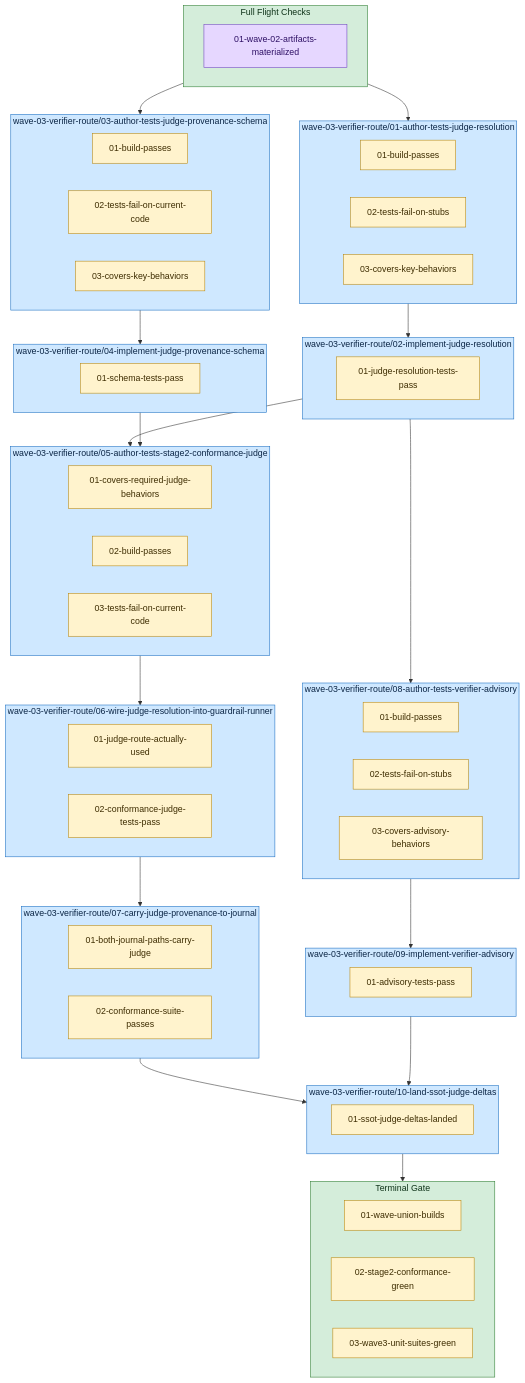
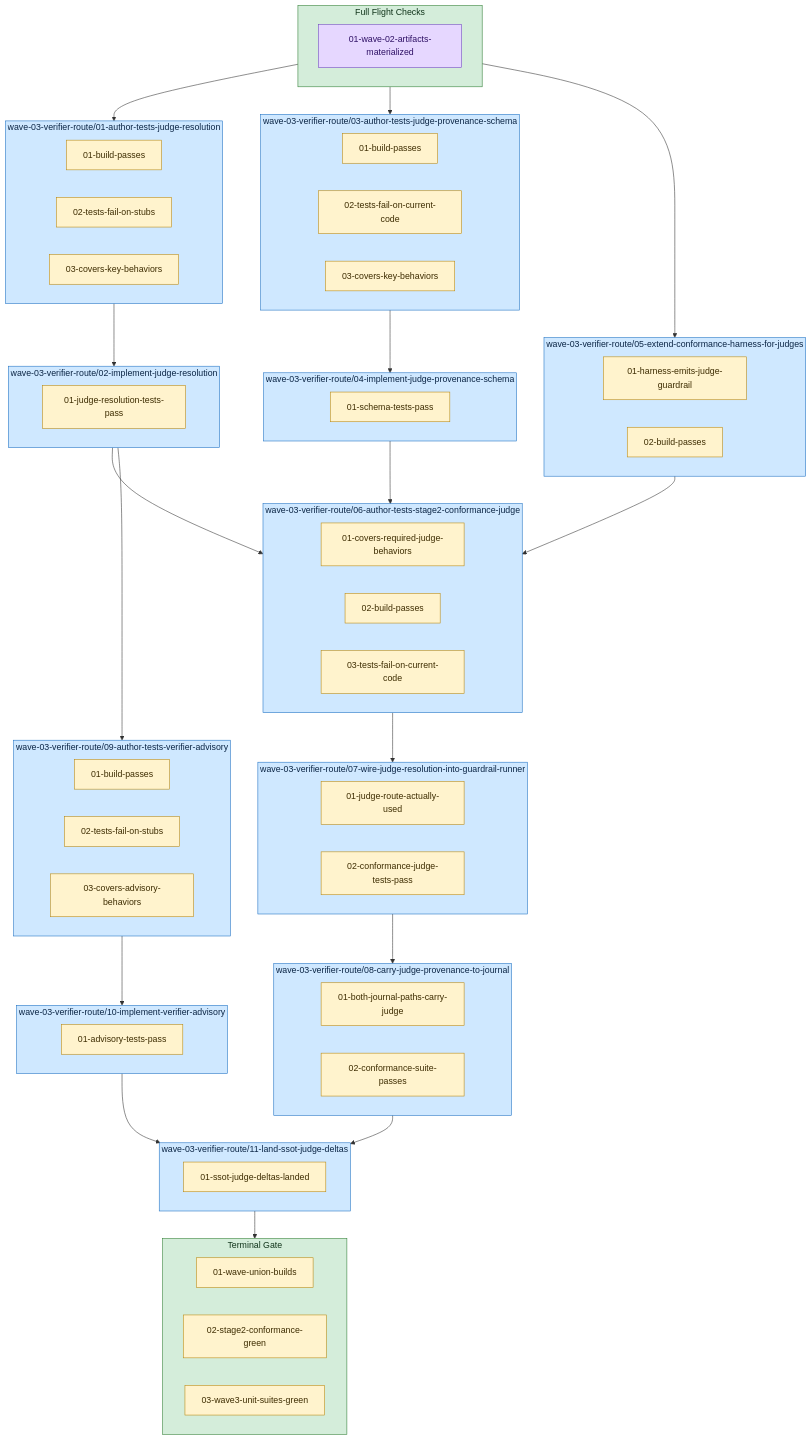
Before and after one commit to Servant-Software-LLC/Guardrails: the diagram in docs/plans/model-tiering-stage-2/wave-03-verifier-route/diagram.md, drawn with Mermaid. The commit also changed other lines of this file and 39 other files, not shown here.

First line of the commit message:
review(wave 3): split the harness out of task 05, back two unenforced prohibitions

````diff
--- a/docs/plans/model-tiering-stage-2/wave-03-verifier-route/diagram.md
+++ b/docs/plans/model-tiering-stage-2/wave-03-verifier-route/diagram.md
@@ -26,36 +26,41 @@
     task_wave_03_verifier_route_04_implement_judge_provenance_schema_gr_0["01-schema-tests-pass"]:::guardrail
   end
   style task_wave_03_verifier_route_04_implement_judge_provenance_schema fill:#cfe8ff,stroke:#1b6ec2,color:#0b2545;
-  subgraph task_wave_03_verifier_route_05_author_tests_stage2_conformance_judge["wave-03-verifier-route/05-author-tests-stage2-conformance-judge"]
-    task_wave_03_verifier_route_05_author_tests_stage2_conformance_judge_gr_0["01-covers-required-judge-behaviors"]:::guardrail
-    task_wave_03_verifier_route_05_author_tests_stage2_conformance_judge_gr_1["02-build-passes"]:::guardrail
-    task_wave_03_verifier_route_05_author_tests_stage2_conformance_judge_gr_2["03-tests-fail-on-current-code"]:::guardrail
+  subgraph task_wave_03_verifier_route_05_extend_conformance_harness_for_judges["wave-03-verifier-route/05-extend-conformance-harness-for-judges"]
+    task_wave_03_verifier_route_05_extend_conformance_harness_for_judges_gr_0["01-harness-emits-judge-guardrail"]:::guardrail
+    task_wave_03_verifier_route_05_extend_conformance_harness_for_judges_gr_1["02-build-passes"]:::guardrail
   end
-  style task_wave_03_verifier_route_05_author_tests_stage2_conformance_judge fill:#cfe8ff,stroke:#1b6ec2,color:#0b2545;
-  subgraph task_wave_03_verifier_route_06_wire_judge_resolution_into_guardrail_runner["wave-03-verifier-route/06-wire-judge-resolution-into-guardrail-runner"]
-    task_wave_03_verifier_route_06_wire_judge_resolution_into_guardrail_runner_gr_0["01-judge-route-actually-used"]:::guardrail
-    task_wave_03_verifier_route_06_wire_judge_resolution_into_guardrail_runner_gr_1["02-conformance-judge-tests-pass"]:::guardrail
+  style task_wave_03_verifier_route_05_extend_conformance_harness_for_judges fill:#cfe8ff,stroke:#1b6ec2,color:#0b2545;
+  subgraph task_wave_03_verifier_route_06_author_tests_stage2_conformance_judge["wave-03-verifier-route/06-author-tests-stage2-conformance-judge"]
+    task_wave_03_verifier_route_06_author_tests_stage2_conformance_judge_gr_0["01-covers-required-judge-behaviors"]:::guardrail
+    task_wave_03_verifier_route_06_author_tests_stage2_conformance_judge_gr_1["02-build-passes"]:::guardrail
+    task_wave_03_verifier_route_06_author_tests_stage2_conformance_judge_gr_2["03-tests-fail-on-current-code"]:::guardrail
   end
-  style task_wave_03_verifier_route_06_wire_judge_resolution_into_guardrail_runner fill:#cfe8ff,stroke:#1b6ec2,color:#0b2545;
-  subgraph task_wave_03_verifier_route_07_carry_judge_provenance_to_journal["wave-03-verifier-route/07-carry-judge-provenance-to-journal"]
-    task_wave_03_verifier_route_07_carry_judge_provenance_to_journal_gr_0["01-both-journal-paths-carry-judge"]:::guardrail
-    task_wave_03_verifier_route_07_carry_judge_provenance_to_journal_gr_1["02-conformance-suite-passes"]:::guardrail
+  style task_wave_03_verifier_route_06_author_tests_stage2_conformance_judge fill:#cfe8ff,stroke:#1b6ec2,color:#0b2545;
+  subgraph task_wave_03_verifier_route_07_wire_judge_resolution_into_guardrail_runner["wave-03-verifier-route/07-wire-judge-resolution-into-guardrail-runner"]
+    task_wave_03_verifier_route_07_wire_judge_resolution_into_guardrail_runner_gr_0["01-judge-route-actually-used"]:::guardrail
+    task_wave_03_verifier_route_07_wire_judge_resolution_into_guardrail_runner_gr_1["02-conformance-judge-tests-pass"]:::guardrail
   end
-  style task_wave_03_verifier_route_07_carry_judge_provenance_to_journal fill:#cfe8ff,stroke:#1b6ec2,color:#0b2545;
-  subgraph task_wave_03_verifier_route_08_author_tests_verifier_advisory["wave-03-verifier-route/08-author-tests-verifier-advisory"]
-    task_wave_03_verifier_route_08_author_tests_verifier_advisory_gr_0["01-build-passes"]:::guardrail
-    task_wave_03_verifier_route_08_author_tests_verifier_advisory_gr_1["02-tests-fail-on-stubs"]:::guardrail
-    task_wave_03_verifier_route_08_author_tests_verifier_advisory_gr_2["03-covers-advisory-behaviors"]:::guardrail
+  style task_wave_03_verifier_route_07_wire_judge_resolution_into_guardrail_runner fill:#cfe8ff,stroke:#1b6ec2,color:#0b2545;
+  subgraph task_wave_03_verifier_route_08_carry_judge_provenance_to_journal["wave-03-verifier-route/08-carry-judge-provenance-to-journal"]
+    task_wave_03_verifier_route_08_carry_judge_provenance_to_journal_gr_0["01-both-journal-paths-carry-judge"]:::guardrail
+    task_wave_03_verifier_route_08_carry_judge_provenance_to_journal_gr_1["02-conformance-suite-passes"]:::guardrail
   end
-  style task_wave_03_verifier_route_08_author_tests_verifier_advisory fill:#cfe8ff,stroke:#1b6ec2,color:#0b2545;
-  subgraph task_wave_03_verifier_route_09_implement_verifier_advisory["wave-03-verifier-route/09-implement-verifier-advisory"]
-    task_wave_03_verifier_route_09_implement_verifier_advisory_gr_0["01-advisory-tests-pass"]:::guardrail
+  style task_wave_03_verifier_route_08_carry_judge_provenance_to_journal fill:#cfe8ff,stroke:#1b6ec2,color:#0b2545;
+  subgraph task_wave_03_verifier_route_09_author_tests_verifier_advisory["wave-03-verifier-route/09-author-tests-verifier-advisory"]
+    task_wave_03_verifier_route_09_author_tests_verifier_advisory_gr_0["01-build-passes"]:::guardrail
+    task_wave_03_verifier_route_09_author_tests_verifier_advisory_gr_1["02-tests-fail-on-stubs"]:::guardrail
+    task_wave_03_verifier_route_09_author_tests_verifier_advisory_gr_2["03-covers-advisory-behaviors"]:::guardrail
   end
-  style task_wave_03_verifier_route_09_implement_verifier_advisory fill:#cfe8ff,stroke:#1b6ec2,color:#0b2545;
-  subgraph task_wave_03_verifier_route_10_land_ssot_judge_deltas["wave-03-verifier-route/10-land-ssot-judge-deltas"]
-    task_wave_03_verifier_route_10_land_ssot_judge_deltas_gr_0["01-ssot-judge-deltas-landed"]:::guardrail
+  style task_wave_03_verifier_route_09_author_tests_verifier_advisory fill:#cfe8ff,stroke:#1b6ec2,color:#0b2545;
+  subgraph task_wave_03_verifier_route_10_implement_verifier_advisory["wave-03-verifier-route/10-implement-verifier-advisory"]
+    task_wave_03_verifier_route_10_implement_verifier_advisory_gr_0["01-advisory-tests-pass"]:::guardrail
   end
-  style task_wave_03_verifier_route_10_land_ssot_judge_deltas fill:#cfe8ff,stroke:#1b6ec2,color:#0b2545;
+  style task_wave_03_verifier_route_10_implement_verifier_advisory fill:#cfe8ff,stroke:#1b6ec2,color:#0b2545;
+  subgraph task_wave_03_verifier_route_11_land_ssot_judge_deltas["wave-03-verifier-route/11-land-ssot-judge-deltas"]
+    task_wave_03_verifier_route_11_land_ssot_judge_deltas_gr_0["01-ssot-judge-deltas-landed"]:::guardrail
+  end
+  style task_wave_03_verifier_route_11_land_ssot_judge_deltas fill:#cfe8ff,stroke:#1b6ec2,color:#0b2545;
   subgraph plan_guardrails["Terminal Gate"]
     plan_guardrails_0["01-wave-union-builds"]:::guardrail
     plan_guardrails_1["02-stage2-conformance-green"]:::guardrail
@@ -64,17 +69,19 @@
   style plan_guardrails fill:#d4edda,stroke:#2e7d32,color:#10341a;
   plan_preflights --> task_wave_03_verifier_route_01_author_tests_judge_resolution
   plan_preflights --> task_wave_03_verifier_route_03_author_tests_judge_provenance_schema
+  plan_preflights --> task_wave_03_verifier_route_05_extend_conformance_harness_for_judges
   task_wave_03_verifier_route_01_author_tests_judge_resolution --> task_wave_03_verifier_route_02_implement_judge_resolution
-  task_wave_03_verifier_route_02_implement_judge_resolution --> task_wave_03_verifier_route_05_author_tests_stage2_conformance_judge
-  task_wave_03_verifier_route_02_implement_judge_resolution --> task_wave_03_verifier_route_08_author_tests_verifier_advisory
+  task_wave_03_verifier_route_02_implement_judge_resolution --> task_wave_03_verifier_route_06_author_tests_stage2_conformance_judge
+  task_wave_03_verifier_route_02_implement_judge_resolution --> task_wave_03_verifier_route_09_author_tests_verifier_advisory
   task_wave_03_verifier_route_03_author_tests_judge_provenance_schema --> task_wave_03_verifier_route_04_implement_judge_provenance_schema
-  task_wave_03_verifier_route_04_implement_judge_provenance_schema --> task_wave_03_verifier_route_05_author_tests_stage2_conformance_judge
-  task_wave_03_verifier_route_05_author_tests_stage2_conformance_judge --> task_wave_03_verifier_route_06_wire_judge_resolution_into_guardrail_runner
-  task_wave_03_verifier_route_06_wire_judge_resolution_into_guardrail_runner --> task_wave_03_verifier_route_07_carry_judge_provenance_to_journal
-  task_wave_03_verifier_route_07_carry_judge_provenance_to_journal --> task_wave_03_verifier_route_10_land_ssot_judge_deltas
-  task_wave_03_verifier_route_08_author_tests_verifier_advisory --> task_wave_03_verifier_route_09_implement_verifier_advisory
-  task_wave_03_verifier_route_09_implement_verifier_advisory --> task_wave_03_verifier_route_10_land_ssot_judge_deltas
-  task_wave_03_verifier_route_10_land_ssot_judge_deltas --> plan_guardrails
+  task_wave_03_verifier_route_04_implement_judge_provenance_schema --> task_wave_03_verifier_route_06_author_tests_stage2_conformance_judge
+  task_wave_03_verifier_route_05_extend_conformance_harness_for_judges --> task_wave_03_verifier_route_06_author_tests_stage2_conformance_judge
+  task_wave_03_verifier_route_06_author_tests_stage2_conformance_judge --> task_wave_03_verifier_route_07_wire_judge_resolution_into_guardrail_runner
+  task_wave_03_verifier_route_07_wire_judge_resolution_into_guardrail_runner --> task_wave_03_verifier_route_08_carry_judge_provenance_to_journal
+  task_wave_03_verifier_route_08_carry_judge_provenance_to_journal --> task_wave_03_verifier_route_11_land_ssot_judge_deltas
+  task_wave_03_verifier_route_09_author_tests_verifier_advisory --> task_wave_03_verifier_route_10_implement_verifier_advisory
+  task_wave_03_verifier_route_10_implement_verifier_advisory --> task_wave_03_verifier_route_11_land_ssot_judge_deltas
+  task_wave_03_verifier_route_11_land_ssot_judge_deltas --> plan_guardrails
   classDef preflight fill:#e6d7ff,stroke:#6f42c1,color:#2e1065;
   classDef guardrail fill:#fff3cd,stroke:#b8860b,color:#3d2c00;
 ```
````
